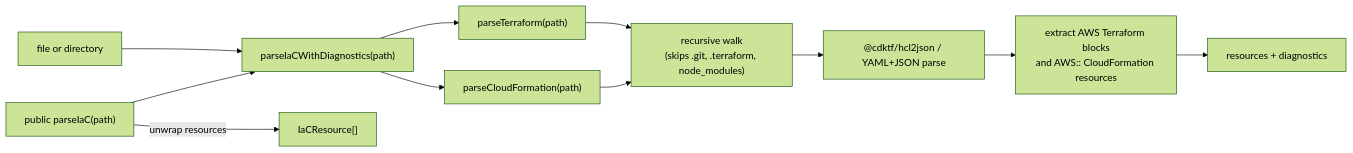
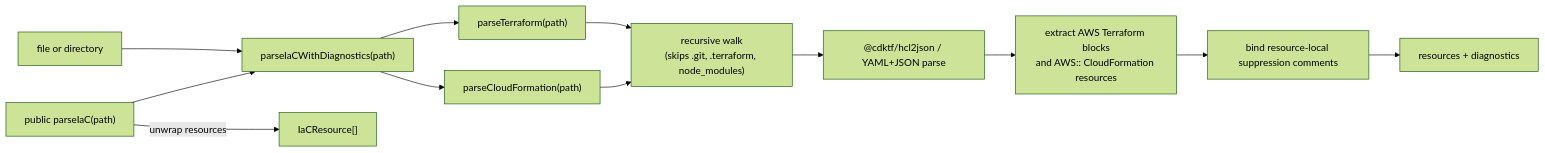
Before and after one commit to towardsthecloud/cloudburn: the third of 3 diagrams in docs/architecture/sdk.md, drawn with Mermaid (forest theme). The commit also changed other lines of this file and 195 other files, not shown here.

````diff
--- a/docs/architecture/sdk.md
+++ b/docs/architecture/sdk.md
@@ -102,13 +104,14 @@
 ```mermaid
 graph LR
   Path["file or directory"] --> PI["parseIaCWithDiagnostics(path)"]
   PI --> TF["parseTerraform(path)"]
   PI --> CFN["parseCloudFormation(path)"]
   TF --> Walk["recursive walk\n(skips .git, .terraform, node_modules)"]
   CFN --> Walk
   Walk --> HCL["@cdktf/hcl2json / YAML+JSON parse"]
   HCL --> Extract["extract AWS Terraform blocks\nand AWS:: CloudFormation resources"]
-  Extract --> IaC["resources + diagnostics"]
+  Extract --> Suppress["bind resource-local suppression comments"]
+  Suppress --> IaC["resources + diagnostics"]
   Public["public parseIaC(path)"] --> PI
   Public -->|"unwrap resources"| PublicResult["IaCResource[]"]
 ```
````
